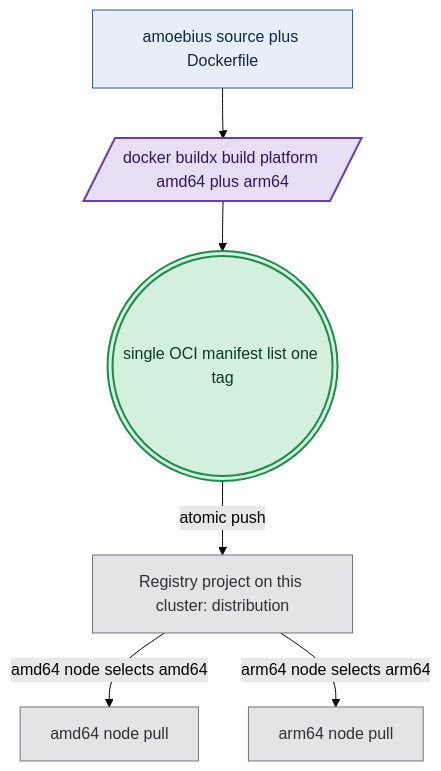
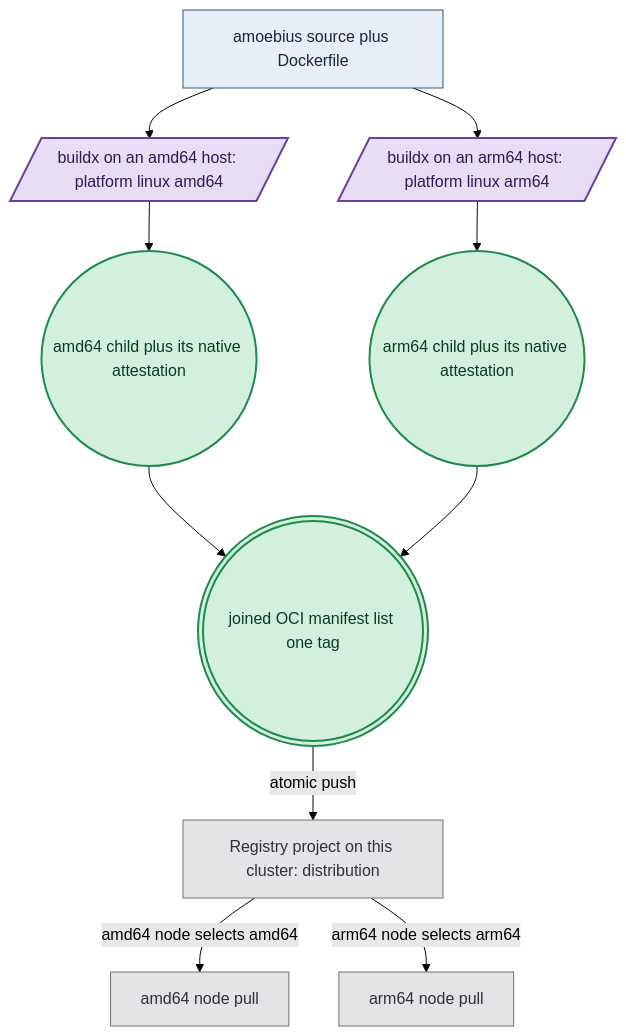
Before and after one commit to Tuee22/amoebius: the diagram in documents/engineering/image_build_doctrine.md, drawn with Mermaid (forest theme). The commit also changed other lines of this file and 179 other files, not shown here.

````diff
--- a/documents/engineering/image_build_doctrine.md
+++ b/documents/engineering/image_build_doctrine.md
@@ -157,13 +166,17 @@
 ```mermaid
 flowchart TD
 %% register: algebra
-  src["amoebius source plus Dockerfile"]:::intent --> bx[/"docker buildx build platform amd64 plus arm64"/]:::effect
-  bx --> ml((("single OCI manifest list one tag"))):::seal
+  src["amoebius source plus Dockerfile"]:::intent --> bxa[/"buildx on an amd64 host: platform linux amd64"/]:::effect
+  src --> bxb[/"buildx on an arm64 host: platform linux arm64"/]:::effect
+  bxa --> ata(("amd64 child plus its native attestation")):::seal
+  bxb --> atb(("arm64 child plus its native attestation")):::seal
+  ata --> ml((("joined OCI manifest list one tag"))):::seal
+  atb --> ml
   ml -->|atomic push| reg["Registry project on this cluster: distribution"]:::runtime
   reg -->|amd64 node selects amd64| amd["amd64 node pull"]:::runtime
   reg -->|arm64 node selects arm64| arm["arm64 node pull"]:::runtime
   classDef intent   fill:#e8eef7,stroke:#33587a,color:#12283f,stroke-width:1px
   classDef effect   fill:#e7ddf5,stroke:#6b3fa0,color:#2f1a52,stroke-width:2px
   classDef seal     fill:#d3f0dd,stroke:#1f8a4c,color:#0c3a1f,stroke-width:2px
   classDef runtime  fill:#e4e4e7,stroke:#71717a,color:#2f2f35,stroke-width:1px
 ```
````
